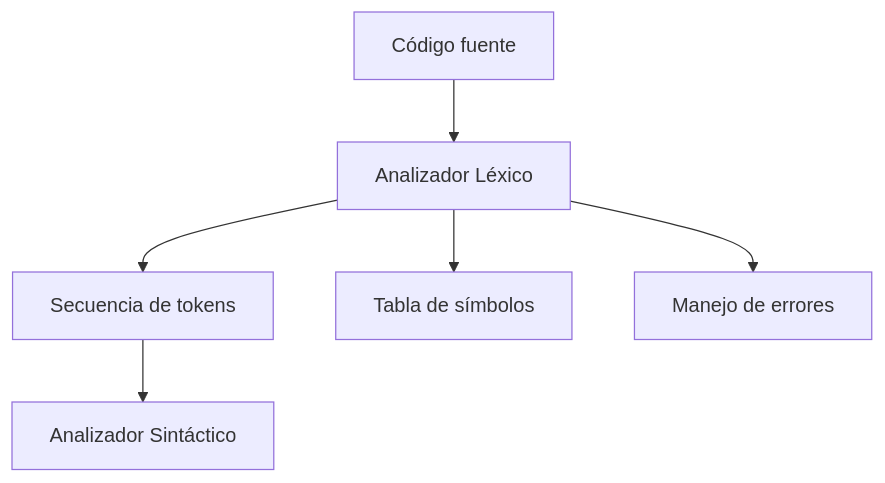
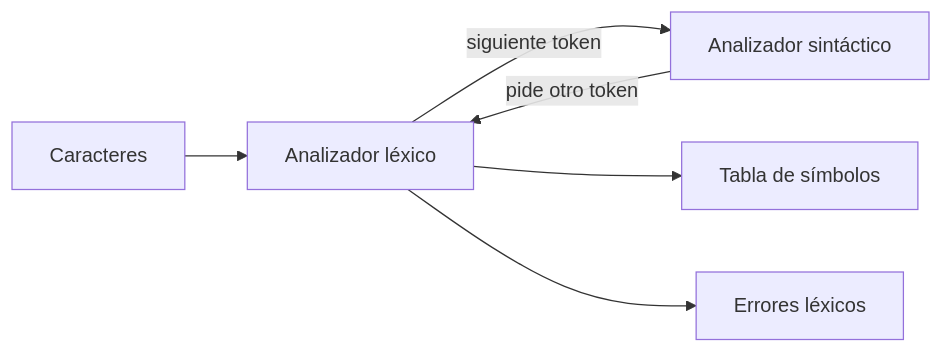
One commit to djaimej/computer-science-template changed the diagram in public/documents/semester-7/1/7121.md. Above: the diagram before and after it, drawn with Mermaid. The commit also changed other lines of this file and 5 other files, not shown here.

````diff
--- a/public/documents/semester-7/1/7121.md
+++ b/public/documents/semester-7/1/7121.md
@@ -66,8 +35,8 @@
 ```mermaid
-flowchart TD
-    A[Código fuente] --> B[Analizador Léxico]
-    B --> C[Secuencia de tokens]
-    B --> D[Tabla de símbolos]
-    B --> E[Manejo de errores]
-    C --> F[Analizador Sintáctico]
+flowchart LR
+    A["Caracteres"] --> B["Analizador léxico"]
+    B -->|"siguiente token"| C["Analizador sintáctico"]
+    C -->|"pide otro token"| B
+    B --> D["Tabla de símbolos"]
+    B --> E["Errores léxicos"]
 ```
````
